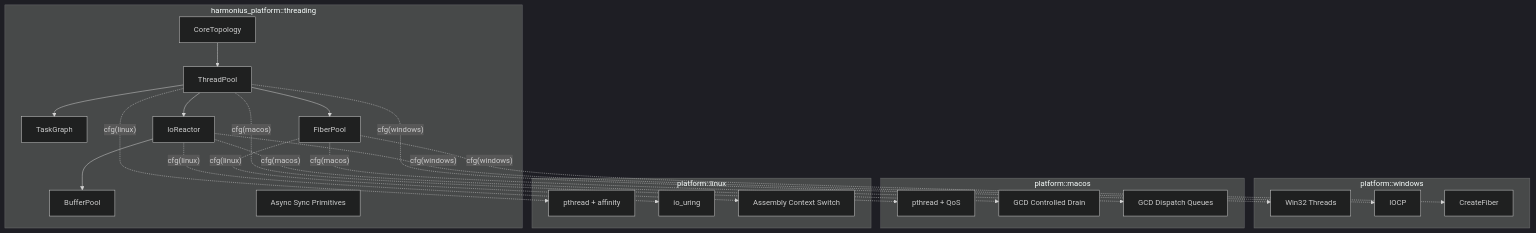
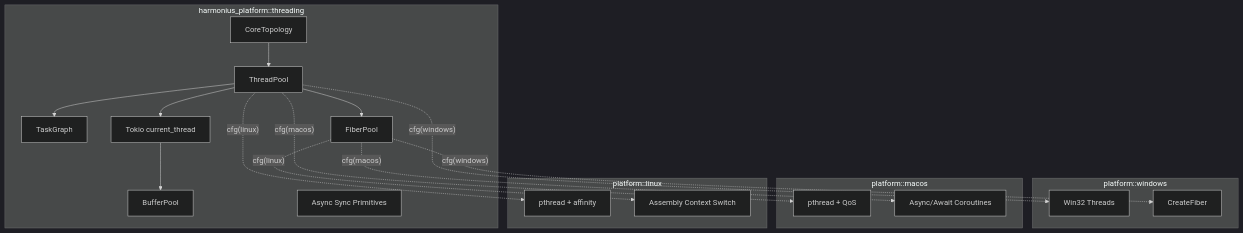
One commit to harmonius-dev/harmonius changed the first of 6 diagrams in docs/design/platform/threading.md. Above: the diagram before and after it, drawn with Mermaid (dark theme). The commit also changed other lines of this file and 229 other files, not shown here.

````diff
--- a/docs/design/platform/threading.md
+++ b/docs/design/platform/threading.md
@@ -61,46 +59,40 @@
 ```mermaid
 graph TD
     subgraph "harmonius_platform::threading"
         CT[CoreTopology]
         TP[ThreadPool]
         TG[TaskGraph]
-        RE[IoReactor]
+        TK["Tokio current_thread"]
         FB[FiberPool]
         BP[BufferPool]
         SY[Async Sync Primitives]
     end
 
     subgraph "platform::windows"
         WT[Win32 Threads]
-        WI[IOCP]
         WF[CreateFiber]
     end
 
     subgraph "platform::macos"
         MT[pthread + QoS]
-        MG[GCD Controlled Drain]
-        MF[GCD Dispatch Queues]
+        MF[Async/Await Coroutines]
     end
 
     subgraph "platform::linux"
         LT[pthread + affinity]
-        LU[io_uring]
         LF[Assembly Context Switch]
     end
 
     CT --> TP
     TP --> TG
     TP --> FB
-    RE --> BP
-    TP --> RE
+    TK --> BP
+    TP --> TK
 
     TP -.->|"cfg(windows)"| WT
     TP -.->|"cfg(macos)"| MT
     TP -.->|"cfg(linux)"| LT
     FB -.->|"cfg(windows)"| WF
     FB -.->|"cfg(macos)"| MF
     FB -.->|"cfg(linux)"| LF
-    RE -.->|"cfg(windows)"| WI
-    RE -.->|"cfg(macos)"| MG
-    RE -.->|"cfg(linux)"| LU
 ```
````
